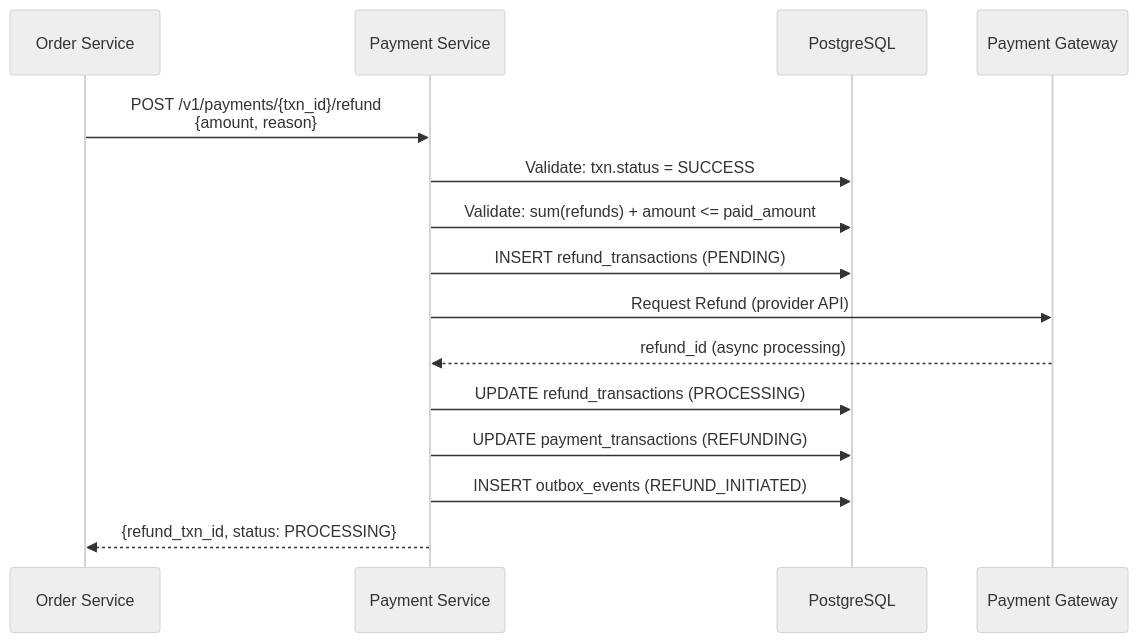
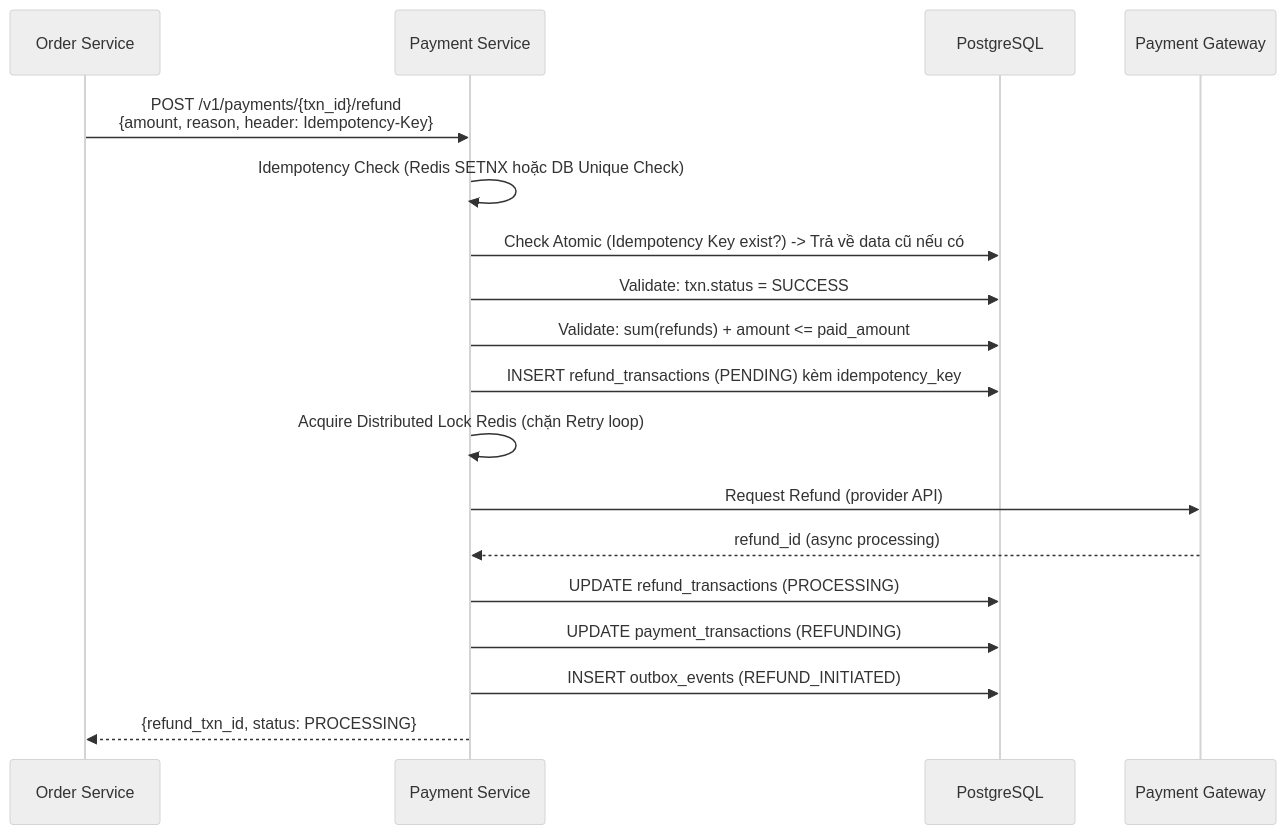
The second of 2 diagrams in docs/payment/payment_workflow.md (quangdung2110/e-commerce-microservices), drawn with Mermaid (neutral theme) before and after one commit. The commit also changed other lines of this file and 85 other files, not shown here.

````diff
--- a/docs/payment/payment_workflow.md
+++ b/docs/payment/payment_workflow.md
@@ -135,18 +135,21 @@
 ```mermaid
 sequenceDiagram
     participant OS as Order Service
     participant PS as Payment Service
     participant DB as PostgreSQL
     participant GW as Payment Gateway
 
-    OS->>PS: POST /v1/payments/{txn_id}/refund<br>{amount, reason}
+    OS->>PS: POST /v1/payments/{txn_id}/refund<br>{amount, reason, header: Idempotency-Key}
+    PS->>PS: Idempotency Check (Redis SETNX hoặc DB Unique Check)
+    PS->>DB: Check Atomic (Idempotency Key exist?) -> Trả về data cũ nếu có
     PS->>DB: Validate: txn.status = SUCCESS
     PS->>DB: Validate: sum(refunds) + amount <= paid_amount
-    PS->>DB: INSERT refund_transactions (PENDING)
+    PS->>DB: INSERT refund_transactions (PENDING) kèm idempotency_key
+    PS->>PS: Acquire Distributed Lock Redis (chặn Retry loop)
     PS->>GW: Request Refund (provider API)
     GW-->>PS: refund_id (async processing)
     PS->>DB: UPDATE refund_transactions (PROCESSING)
     PS->>DB: UPDATE payment_transactions (REFUNDING)
     PS->>DB: INSERT outbox_events (REFUND_INITIATED)
     PS-->>OS: {refund_txn_id, status: PROCESSING}
 ```
````
